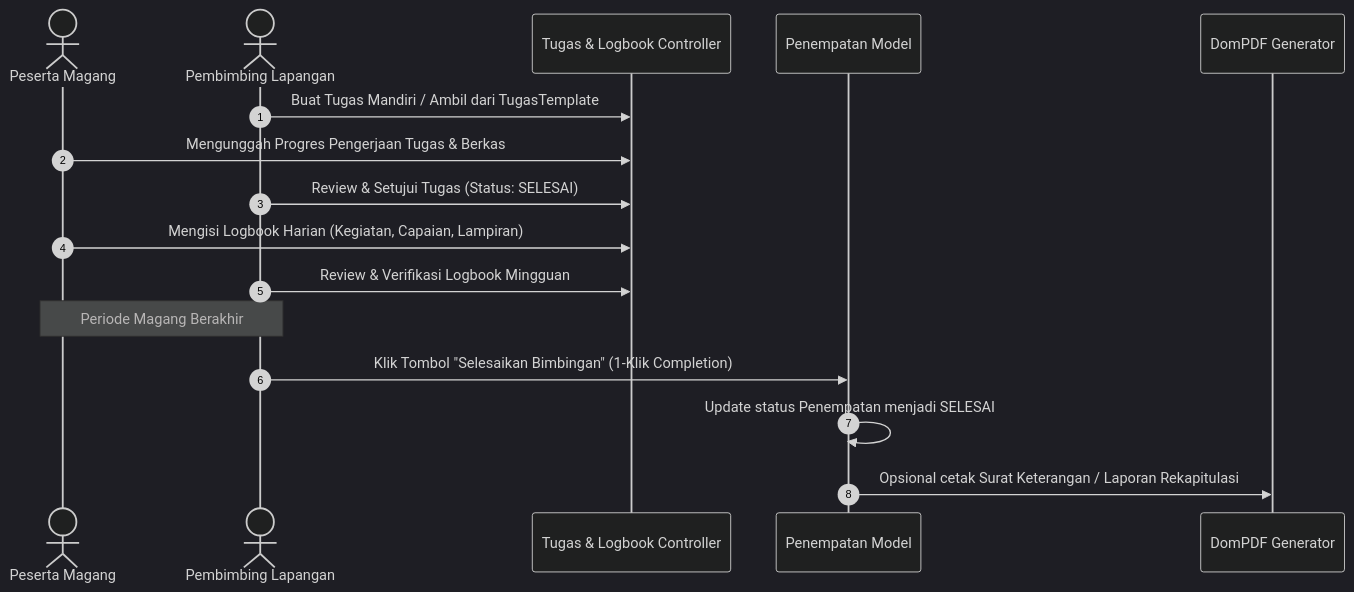
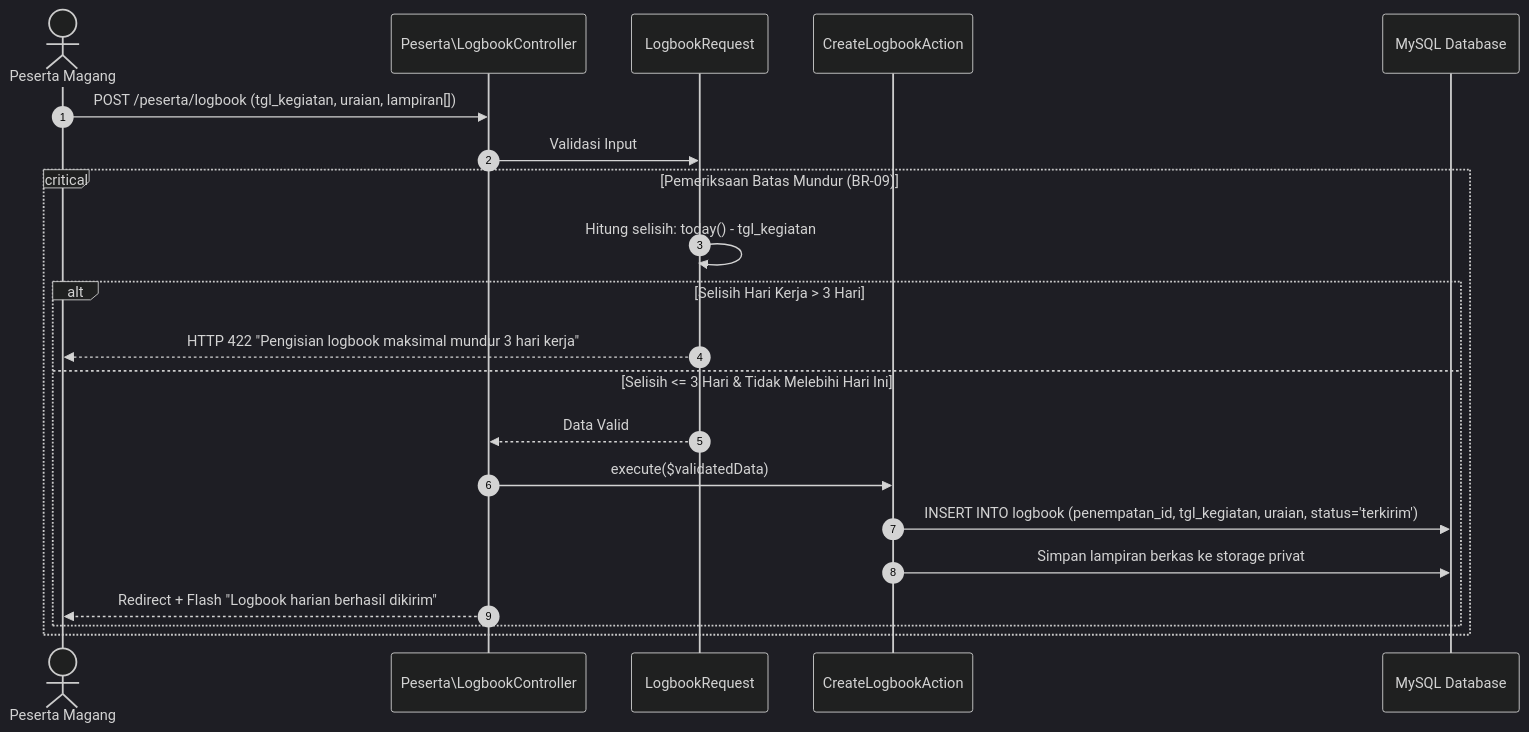
Before and after one commit to EvilAekt/MAGKOM: the fifth of 6 diagrams in docs/architecture/DATA-FLOW.md, drawn with Mermaid (dark theme). The commit also changed other lines of this file and 72 other files, not shown here.

````diff
--- a/docs/architecture/DATA-FLOW.md
+++ b/docs/architecture/DATA-FLOW.md
@@ -39,19 +189,25 @@
 ```mermaid
 sequenceDiagram
     autonumber
-    actor M as Peserta Magang
-    actor B as Pembimbing Lapangan
-    participant T as Tugas & Logbook Controller
-    participant P as Penempatan Model
-    participant PDF as DomPDF Generator
+    actor Peserta as Peserta Magang
+    participant Controller as Peserta\LogbookController
+    participant FormRequest as LogbookRequest
+    participant Action as CreateLogbookAction
+    participant DB as MySQL Database
 
-    B->>T: Buat Tugas Mandiri / Ambil dari TugasTemplate
-    M->>T: Mengunggah Progres Pengerjaan Tugas & Berkas
-    B->>T: Review & Setujui Tugas (Status: SELESAI)
-    M->>T: Mengisi Logbook Harian (Kegiatan, Capaian, Lampiran)
-    B->>T: Review & Verifikasi Logbook Mingguan
-    Note over B,M: Periode Magang Berakhir
-    B->>P: Klik Tombol "Selesaikan Bimbingan" (1-Klik Completion)
-    P->>P: Update status Penempatan menjadi SELESAI
-    P->>PDF: Opsional cetak Surat Keterangan / Laporan Rekapitulasi
+    Peserta->>Controller: POST /peserta/logbook (tgl_kegiatan, uraian, lampiran[])
+    Controller->>FormRequest: Validasi Input
+    
+    critical Pemeriksaan Batas Mundur (BR-09)
+        FormRequest->>FormRequest: Hitung selisih: today() - tgl_kegiatan
+        alt Selisih Hari Kerja > 3 Hari
+            FormRequest-->>Peserta: HTTP 422 "Pengisian logbook maksimal mundur 3 hari kerja"
+        else Selisih <= 3 Hari & Tidak Melebihi Hari Ini
+            FormRequest-->>Controller: Data Valid
+            Controller->>Action: execute($validatedData)
+            Action->>DB: INSERT INTO logbook (penempatan_id, tgl_kegiatan, uraian, status='terkirim')
+            Action->>DB: Simpan lampiran berkas ke storage privat
+            Controller-->>Peserta: Redirect + Flash "Logbook harian berhasil dikirim"
+        end
+    end
 ```
````
